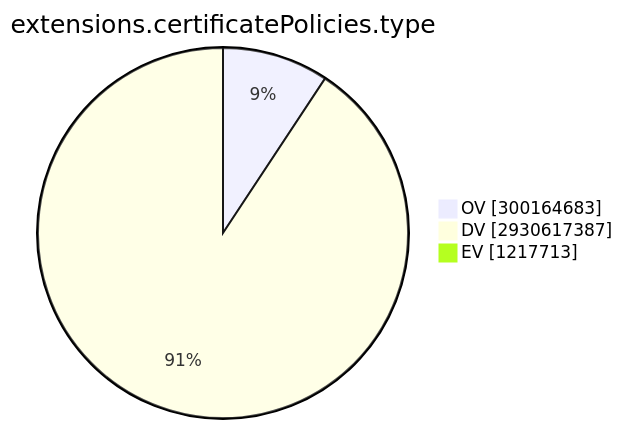
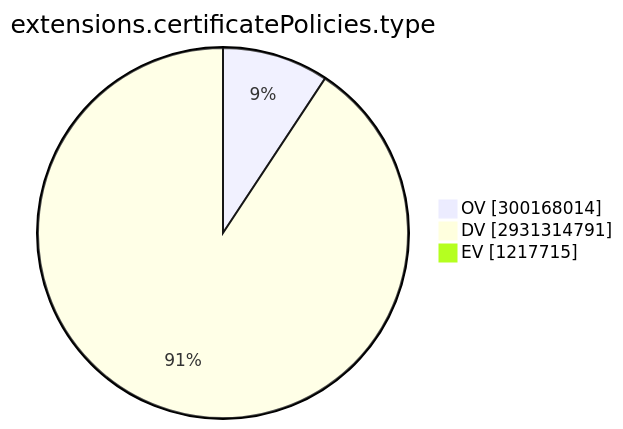
One commit to christiankrug/ctmonitor_visualization changed the ninth of 15 diagrams in TOTAL/README.md. Above: the diagram before and after it, drawn with Mermaid. The commit also changed other lines of this file, not shown here.

````diff
--- a/TOTAL/README.md
+++ b/TOTAL/README.md
@@ -3101,7 +3101,7 @@
 ```mermaid
 pie showData
 title extensions.certificatePolicies.type
-"OV" :300164683
-"DV" :2930617387
-"EV" :1217713
+"OV" :300168014
+"DV" :2931314791
+"EV" :1217715
 ```
````
